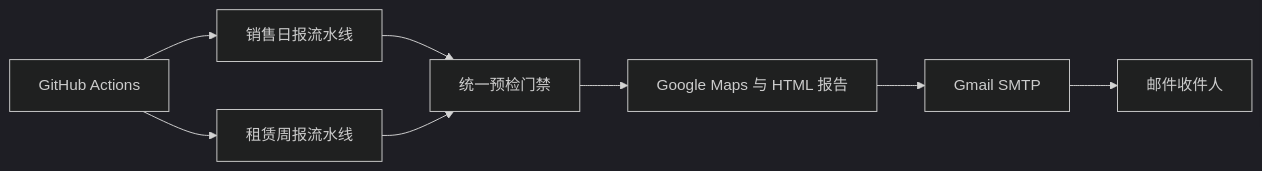
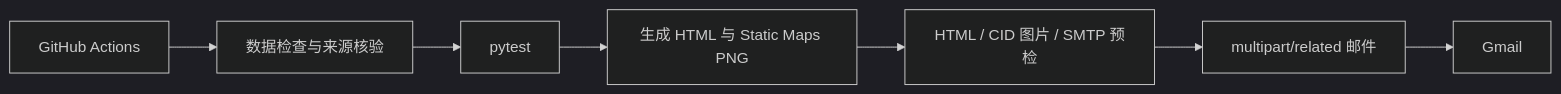
Before and after one commit to xingdawang/Dublin-House-2026: the diagram in README.md, drawn with Mermaid (dark theme). The commit also changed other lines of this file, not shown here.

````diff
--- a/README.md
+++ b/README.md
@@ -26,10 +22,9 @@
 ```mermaid
 flowchart LR
-    A[GitHub Actions] --> B[销售日报流水线]
-    A --> C[租赁周报流水线]
-    B --> D[统一预检门禁]
-    C --> D
-    D --> E[Google Maps 与 HTML 报告]
-    E --> F[Gmail SMTP]
-    F --> G[邮件收件人]
+    A[GitHub Actions] --> B[数据检查与来源核验]
+    B --> C[pytest]
+    C --> D[生成 HTML 与 Static Maps PNG]
+    D --> E[HTML / CID 图片 / SMTP 预检]
+    E --> F[multipart/related 邮件]
+    F --> G[Gmail]
 ```
````
